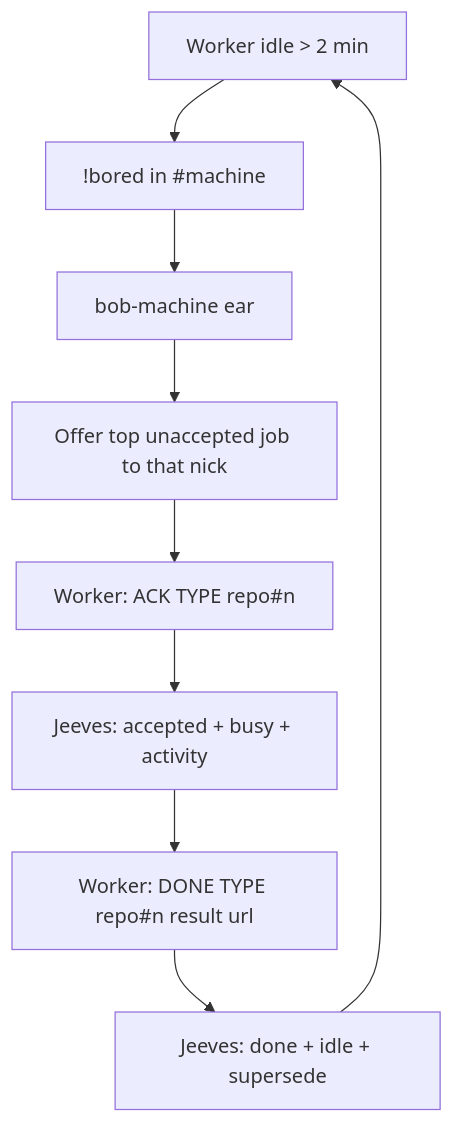
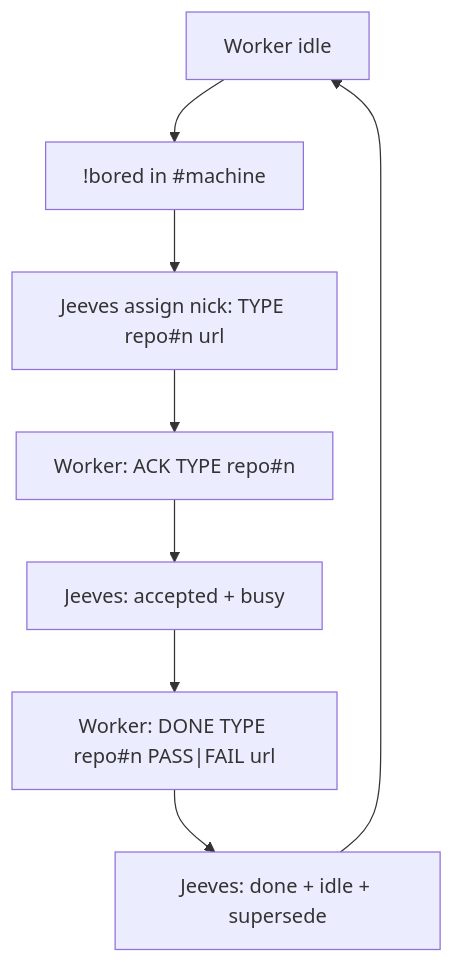
Before and after one commit to SimonBarnett/gh-Jeeves: the diagram in skills/jeeves-shop-protocol/SKILL.md, drawn with Mermaid. The commit also changed other lines of this file and 3 other files, not shown here.

````diff
--- a/skills/jeeves-shop-protocol/SKILL.md
+++ b/skills/jeeves-shop-protocol/SKILL.md
@@ -31,11 +29,10 @@
 ```mermaid
 flowchart TD
-  I[Worker idle > 2 min] --> B["!bored in #machine"]
-  B --> E[bob-machine ear]
-  E --> O[Offer top unaccepted job to that nick]
-  O --> A["Worker: ACK TYPE repo#n"]
-  A --> J1[Jeeves: accepted + busy + activity]
-  J1 --> D["Worker: DONE TYPE repo#n result url"]
+  I[Worker idle] --> B["!bored in #machine"]
+  B --> J[Jeeves assign nick: TYPE repo#n url]
+  J --> A["Worker: ACK TYPE repo#n"]
+  A --> J1[Jeeves: accepted + busy]
+  J1 --> D["Worker: DONE TYPE repo#n PASS|FAIL url"]
   D --> J2[Jeeves: done + idle + supersede]
   J2 --> I
 ```
````
